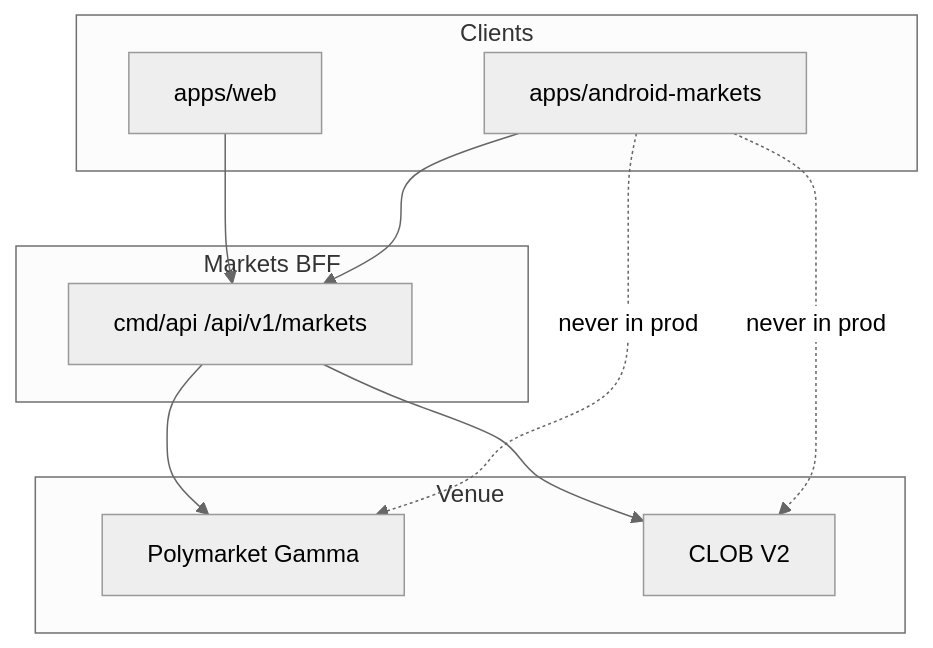
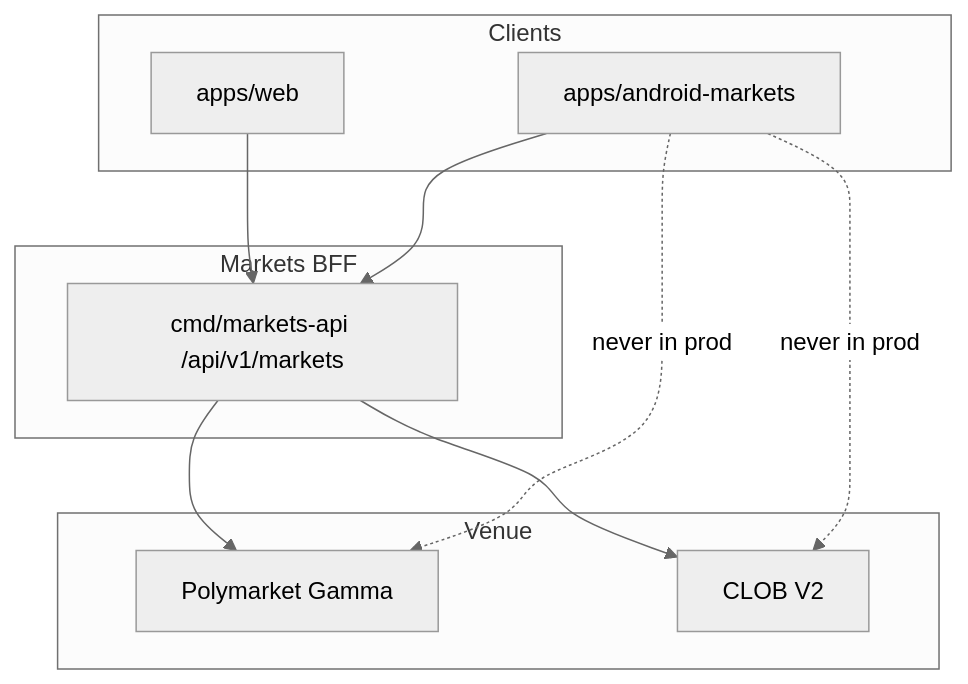
One commit to RetroPick/monorepo-base changed the diagram in .dev/markets-v1/android/ACCESSIBILITY_PERFORMANCE_AND_DEVICES.md. Above: the diagram before and after it, drawn with Mermaid (neutral theme). The commit also changed 395 other files, not shown here.

````diff
--- a/.dev/markets-v1/android/ACCESSIBILITY_PERFORMANCE_AND_DEVICES.md
+++ b/.dev/markets-v1/android/ACCESSIBILITY_PERFORMANCE_AND_DEVICES.md
@@ -241,20 +241,20 @@
 ```mermaid
 flowchart TB
   subgraph clients [Clients]
     Web[apps/web]
     Android[apps/android-markets]
   end
   subgraph bff [Markets BFF]
-    API[cmd/api /api/v1/markets]
+    API[cmd/markets-api /api/v1/markets]
   end
   subgraph venue [Venue]
     Gamma[Polymarket Gamma]
     CLOB[CLOB V2]
   end
   Web --> API
   Android --> API
   API --> Gamma
   API --> CLOB
   Android -.->|never in prod| Gamma
   Android -.->|never in prod| CLOB
 ```
````
